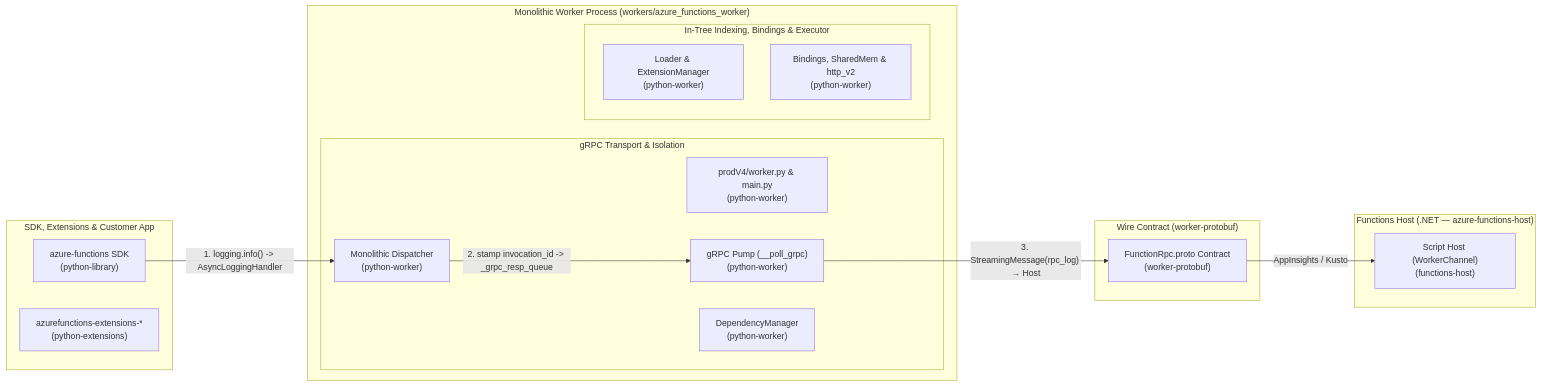
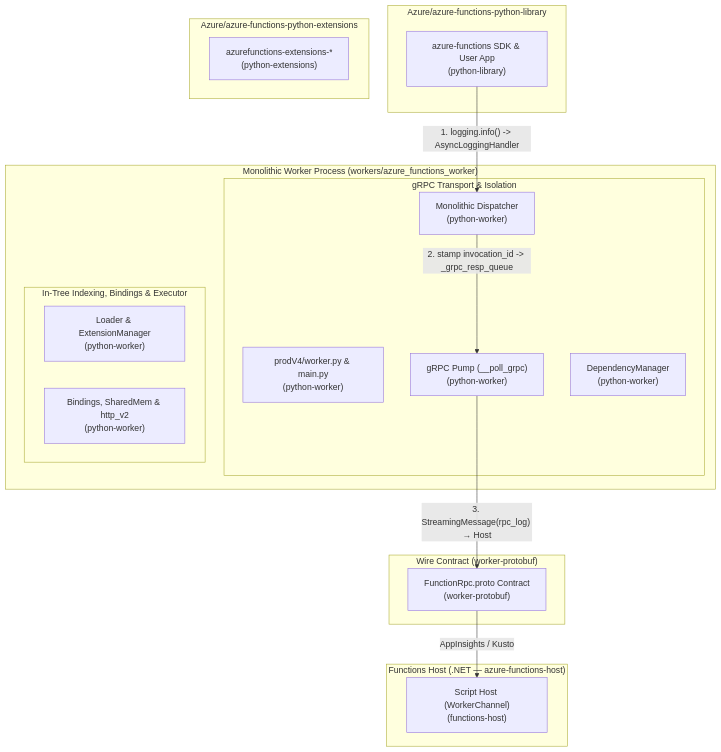
Before and after one commit to Azure/azure-functions-python-worker: diagram 15 of 15 in docs/architecture/python-312.md, drawn with Mermaid. The commit also changed other lines of this file and 8 other files, not shown here.

First line of the commit message:
fix(docs): rebalance compound topology to 2D tiered layout and stack extensions below library

````diff
--- a/docs/architecture/python-312.md
+++ b/docs/architecture/python-312.md
@@ -633,29 +647,31 @@
 ```mermaid
-flowchart LR
+flowchart TB
   subgraph c312_host["Functions Host (.NET — azure-functions-host)"]
     n312_host["Script Host (WorkerChannel)<br/>(functions-host)"]
   end
   subgraph c312_wire["Wire Contract (worker-protobuf)"]
     n312_proto["FunctionRpc.proto Contract<br/>(worker-protobuf)"]
   end
   subgraph c312_worker["Monolithic Worker Process (workers/azure_functions_worker)"]
     subgraph c312_trans["gRPC Transport & Isolation"]
       n312_boot["prodV4/worker.py & main.py<br/>(python-worker)"]
       n312_grpc["gRPC Pump (__poll_grpc)<br/>(python-worker)"]
       n312_disp["Monolithic Dispatcher<br/>(python-worker)"]
       n312_dep["DependencyManager<br/>(python-worker)"]
     end
     subgraph c312_eng["In-Tree Indexing, Bindings & Executor"]
       n312_load["Loader & ExtensionManager<br/>(python-worker)"]
       n312_bind["Bindings, SharedMem & http_v2<br/>(python-worker)"]
     end
   end
-  subgraph c312_eco["SDK, Extensions & Customer App"]
-    n312_sdk["azure-functions SDK<br/>(python-library)"]
+  subgraph c312_lib["Azure/azure-functions-python-library"]
+    n312_sdk["azure-functions SDK & User App<br/>(python-library)"]
+  end
+  subgraph c312_ext["Azure/azure-functions-python-extensions"]
     n312_ext["azurefunctions-extensions-*<br/>(python-extensions)"]
   end
   n312_proto -->|"AppInsights / Kusto"| n312_host
   n312_sdk -->|"1. logging.info() -> AsyncLoggingHandler"| n312_disp
   n312_disp -->|"2. stamp invocation_id -> _grpc_resp_queue"| n312_grpc
   n312_grpc -->|"3. StreamingMessage(rpc_log) → Host"| n312_proto
 ```
````
